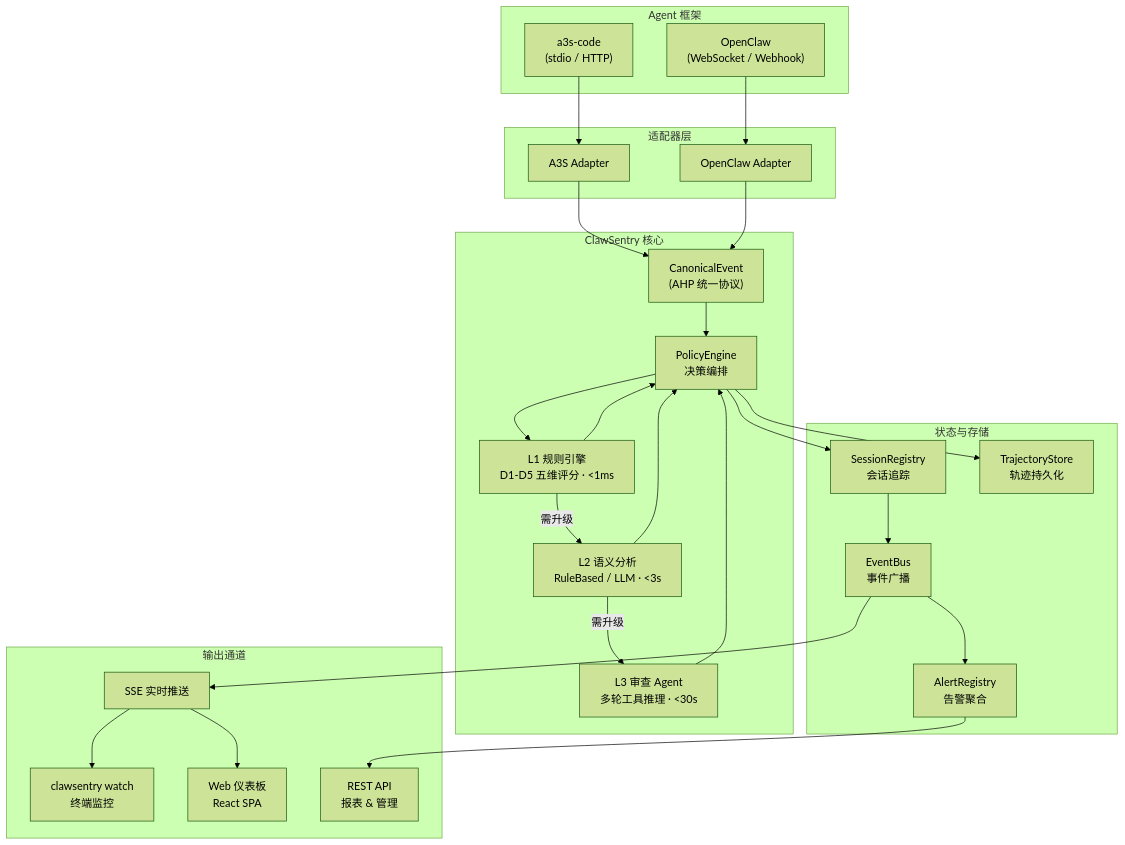
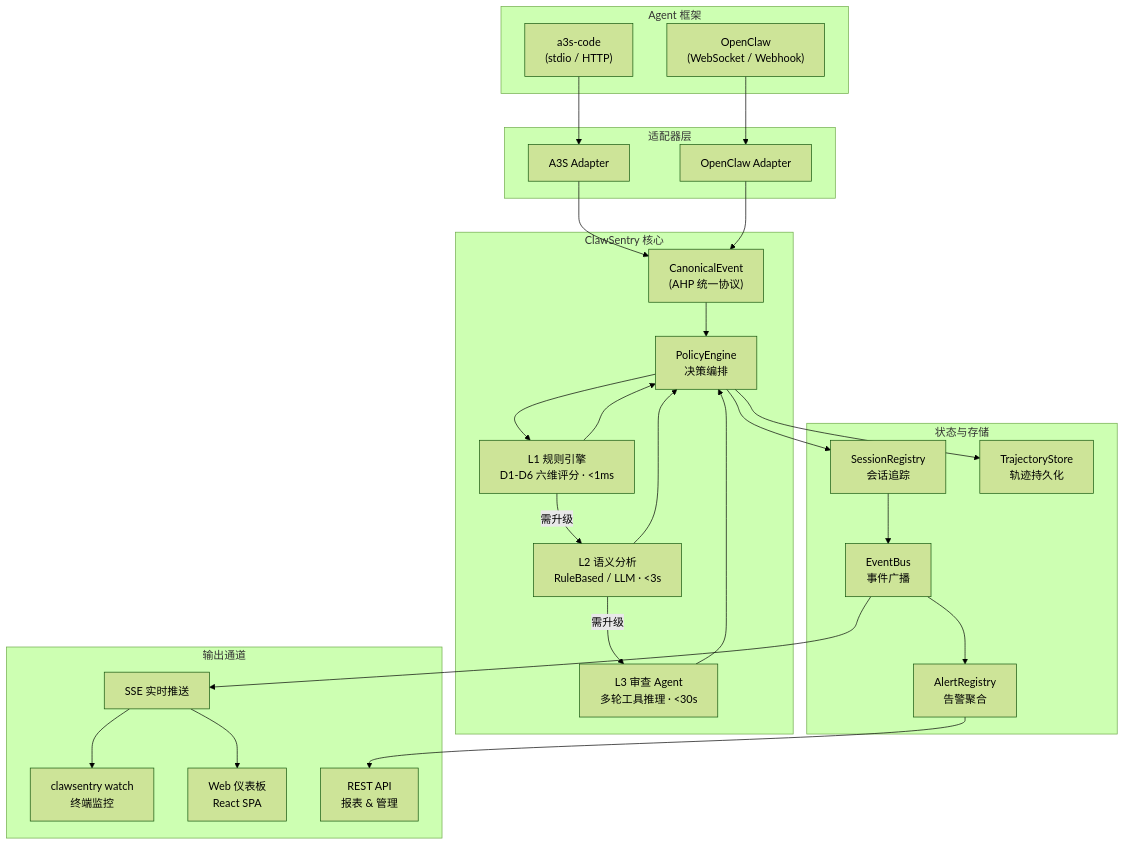
The diagram in site-docs/index.md (A3S-Lab/ClawSentry), drawn with Mermaid (forest theme) before and after one commit. The commit also changed other lines of this file and 10 other files, not shown here.

````diff
--- a/site-docs/index.md
+++ b/site-docs/index.md
@@ -109,52 +109,52 @@
 ```mermaid
 graph TB
     subgraph Agents["Agent 框架"]
         A3S["a3s-code<br/>(stdio / HTTP)"]
         OC["OpenClaw<br/>(WebSocket / Webhook)"]
     end
 
     subgraph Adapters["适配器层"]
         A3SA["A3S Adapter"]
         OCA["OpenClaw Adapter"]
     end
 
     subgraph Core["ClawSentry 核心"]
         CE["CanonicalEvent<br/>(AHP 统一协议)"]
-        L1["L1 规则引擎<br/>D1-D5 五维评分 · <1ms"]
+        L1["L1 规则引擎<br/>D1-D6 六维评分 · <1ms"]
         L2["L2 语义分析<br/>RuleBased / LLM · <3s"]
         L3["L3 审查 Agent<br/>多轮工具推理 · <30s"]
         PE["PolicyEngine<br/>决策编排"]
     end
 
     subgraph State["状态与存储"]
         SR["SessionRegistry<br/>会话追踪"]
         TS["TrajectoryStore<br/>轨迹持久化"]
         EB["EventBus<br/>事件广播"]
         AR["AlertRegistry<br/>告警聚合"]
     end
 
     subgraph Output["输出通道"]
         SSE["SSE 实时推送"]
         CLI["clawsentry watch<br/>终端监控"]
         WEB["Web 仪表板<br/>React SPA"]
         API["REST API<br/>报表 & 管理"]
     end
 
     A3S --> A3SA
     OC --> OCA
     A3SA --> CE
     OCA --> CE
     CE --> PE
     PE --> L1
     L1 -->|"需升级"| L2
     L2 -->|"需升级"| L3
     L1 & L2 & L3 --> PE
     PE --> SR
     PE --> TS
     SR --> EB
     EB --> SSE
     EB --> AR
     SSE --> CLI
     SSE --> WEB
     AR --> API
 ```
````
